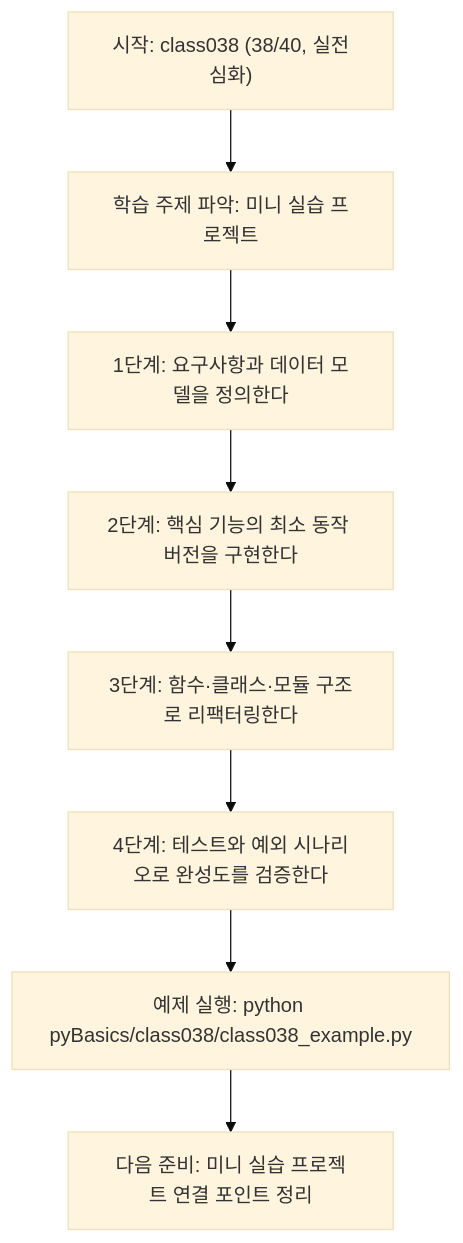
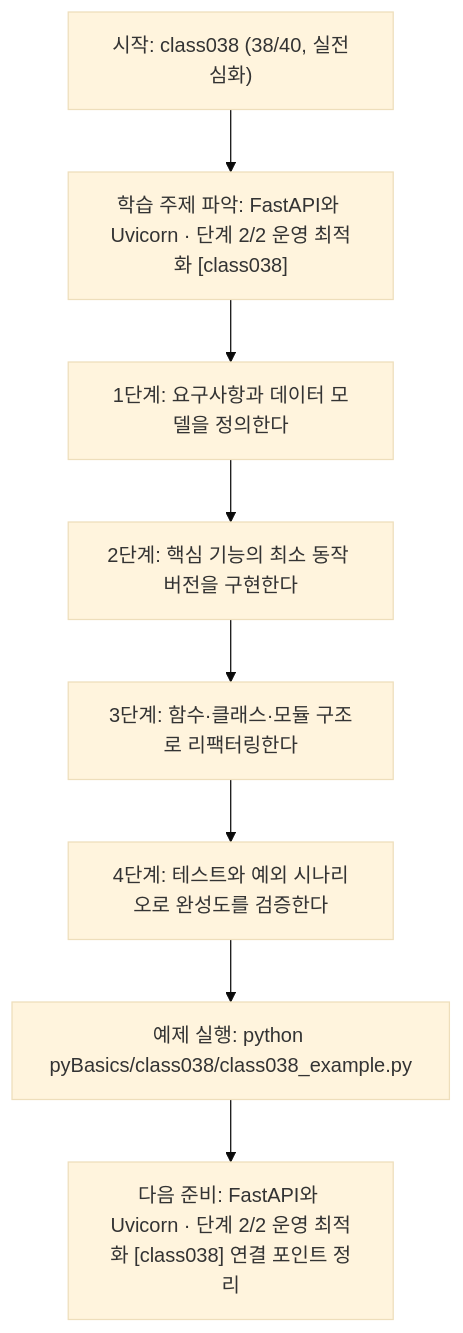
One commit to edumgt/Python-AI_Agent-Class changed the diagram in pyBasics/class038/class038.md. Above: the diagram before and after it, drawn with Mermaid (base theme). The commit also changed other lines of this file and 522 other files, not shown here.

````diff
--- a/pyBasics/class038/class038.md
+++ b/pyBasics/class038/class038.md
@@ -109,18 +108,18 @@
 ```mermaid
 flowchart TD
 N1["시작: class038 (38/40, 실전심화)"]
-N2["학습 주제 파악: 미니 실습 프로젝트"]
+N2["학습 주제 파악: FastAPI와 Uvicorn · 단계 2/2 운영 최적화 [class038]"]
 N3["1단계: 요구사항과 데이터 모델을 정의한다"]
 N4["2단계: 핵심 기능의 최소 동작 버전을 구현한다"]
 N5["3단계: 함수·클래스·모듈 구조로 리팩터링한다"]
 N6["4단계: 테스트와 예외 시나리오로 완성도를 검증한다"]
 N7["예제 실행: python pyBasics/class038/class038_example.py"]
-N8["다음 준비: 미니 실습 프로젝트 연결 포인트 정리"]
+N8["다음 준비: FastAPI와 Uvicorn · 단계 2/2 운영 최적화 [class038] 연결 포인트 정리"]
 N1 --> N2
 N2 --> N3
 N3 --> N4
 N4 --> N5
 N5 --> N6
 N6 --> N7
 N7 --> N8
 ```
````
